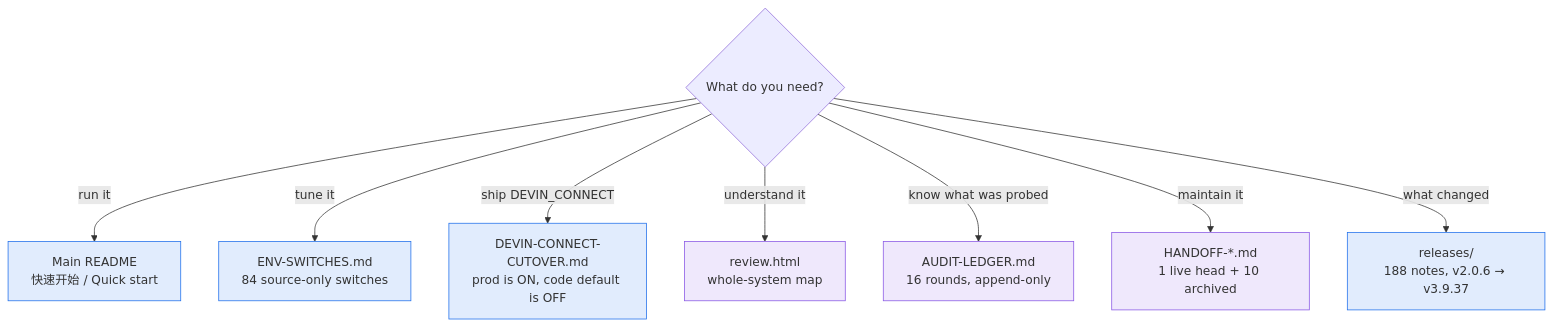
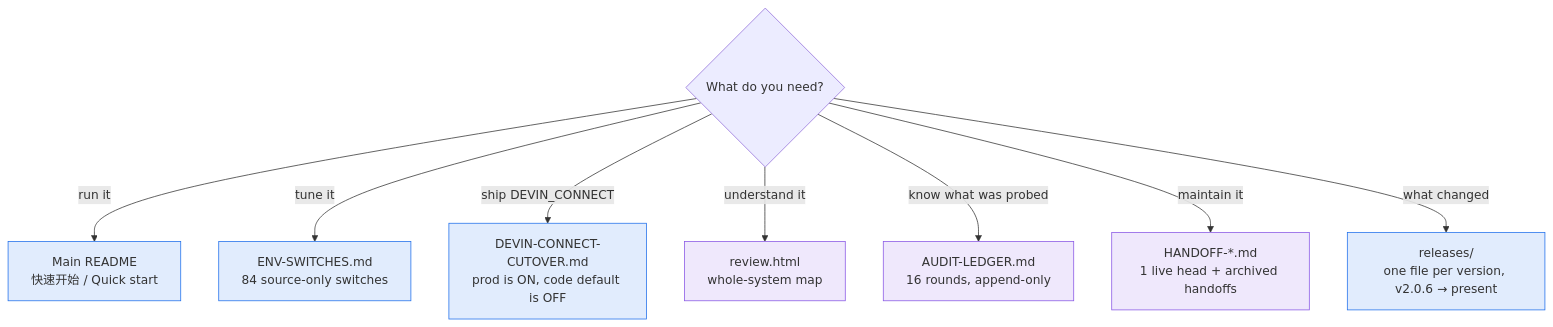
The diagram in docs/README.md (Link-Start/WindsurfAPI_dwgx), drawn with Mermaid before and after one commit. The commit also changed other lines of this file and 3 other files, not shown here.

````diff
--- a/docs/README.md
+++ b/docs/README.md
@@ -15,16 +16,16 @@
 ```mermaid
 flowchart TD
     Q{"What do you need?"}
     Q -->|"run it"| RUN["Main README<br/>快速开始 / Quick start"]
     Q -->|"tune it"| OPS["ENV-SWITCHES.md<br/>84 source-only switches"]
     Q -->|"ship DEVIN_CONNECT"| CUT["DEVIN-CONNECT-CUTOVER.md<br/>prod is ON, code default is OFF"]
     Q -->|"understand it"| ARCH["review.html<br/>whole-system map"]
     Q -->|"know what was probed"| LED["AUDIT-LEDGER.md<br/>16 rounds, append-only"]
-    Q -->|"maintain it"| HO["HANDOFF-*.md<br/>1 live head + 10 archived"]
-    Q -->|"what changed"| REL["releases/<br/>188 notes, v2.0.6 → v3.9.37"]
+    Q -->|"maintain it"| HO["HANDOFF-*.md<br/>1 live head + archived handoffs"]
+    Q -->|"what changed"| REL["releases/<br/>one file per version, v2.0.6 → present"]
 
     classDef user fill:#1f6feb22,stroke:#1f6feb
     classDef maint fill:#8957e522,stroke:#8957e5
     class RUN,OPS,CUT,REL user
     class ARCH,LED,HO maint
 ```
````
